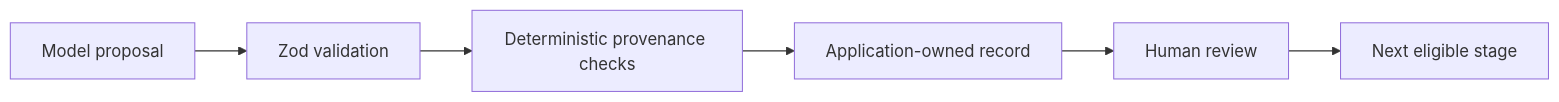
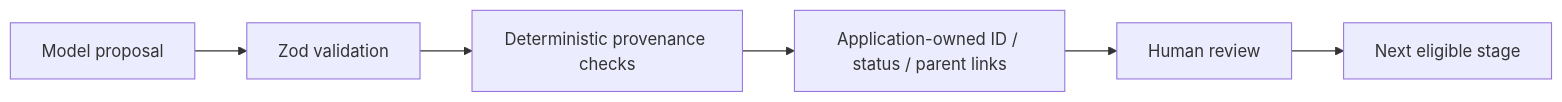
The second of 2 diagrams in docs/architecture/system-architecture.md (amin076/tital), drawn with Mermaid before and after one commit. The commit also changed other lines of this file, not shown here.

Commit message:
docs: update system architecture for web UI and persisted sessions

````diff
--- a/docs/architecture/system-architecture.md
+++ b/docs/architecture/system-architecture.md
@@ -149,11 +230,11 @@
 ```mermaid
 graph LR
     M[Model proposal]
     V[Zod validation]
     P[Deterministic provenance checks]
-    R[Application-owned record]
+    R[Application-owned ID / status / parent links]
     H[Human review]
     N[Next eligible stage]
 
     M --> V --> P --> R --> H --> N
 ```
````
